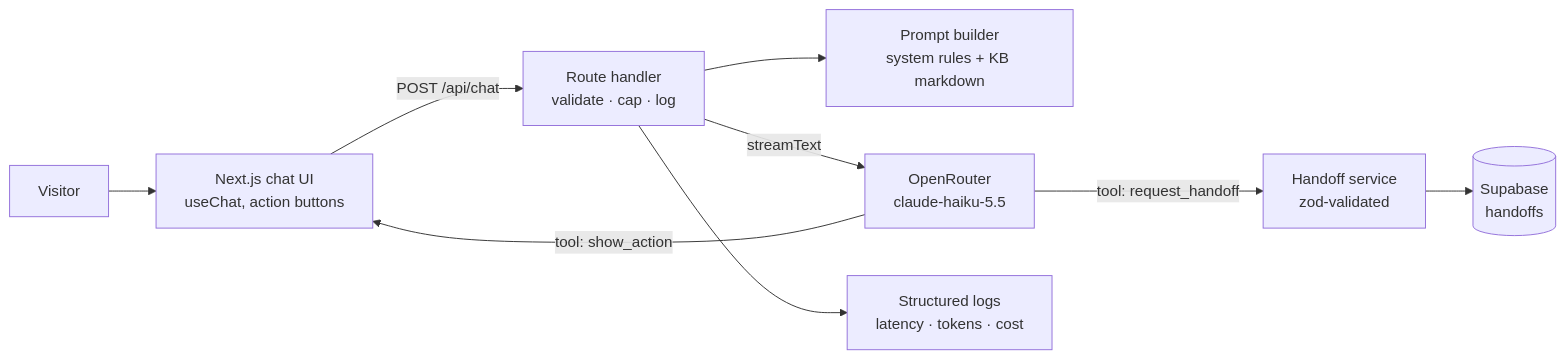
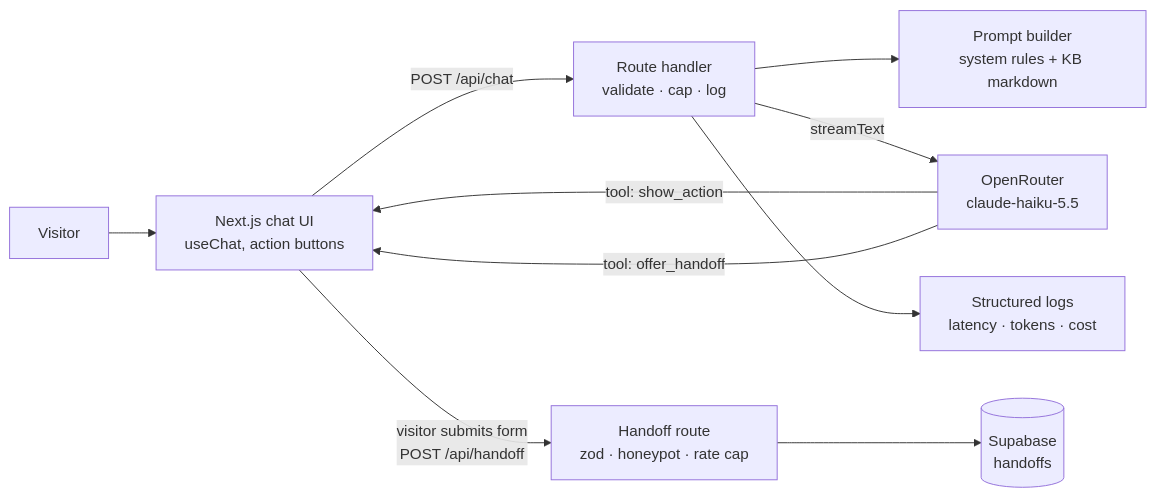
The diagram in plan.md (josna-john/cadre-ai-assessment), drawn with Mermaid before and after one commit. The commit also changed other lines of this file and 10 other files, not shown here.

````diff
--- a/plan.md
+++ b/plan.md
@@ -66,11 +66,12 @@
 ```mermaid
 flowchart LR
   U[Visitor] --> UI[Next.js chat UI<br/>useChat, action buttons]
   UI -->|POST /api/chat| API[Route handler<br/>validate · cap · log]
   API --> P[Prompt builder<br/>system rules + KB markdown]
   API -->|streamText| OR[OpenRouter<br/>claude-haiku-5.5]
   OR -->|tool: show_action| UI
-  OR -->|tool: request_handoff| H[Handoff service<br/>zod-validated]
+  OR -->|tool: offer_handoff| UI
+  UI -->|visitor submits form<br/>POST /api/handoff| H[Handoff route<br/>zod · honeypot · rate cap]
   H --> DB[(Supabase<br/>handoffs)]
   API --> L[Structured logs<br/>latency · tokens · cost]
 ```
````
